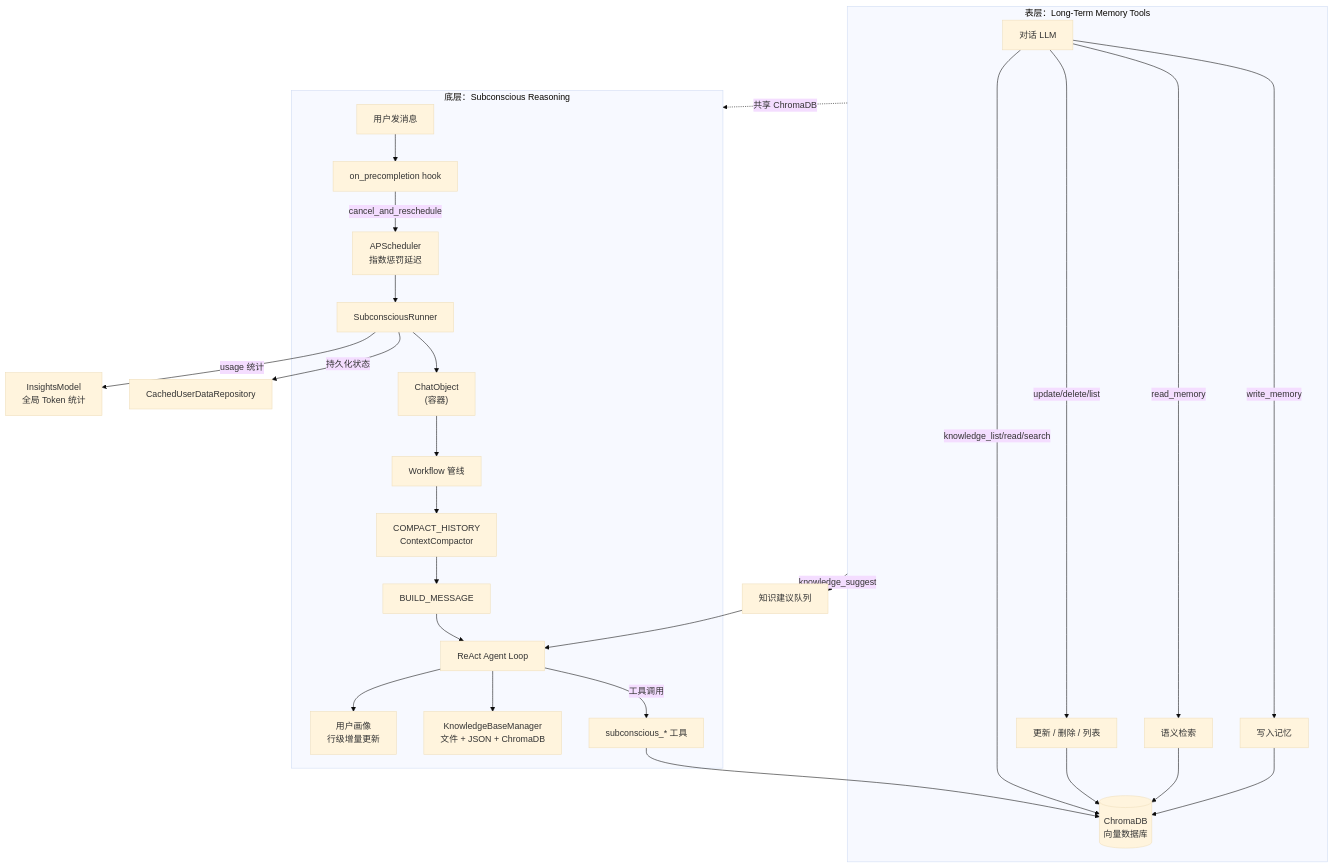
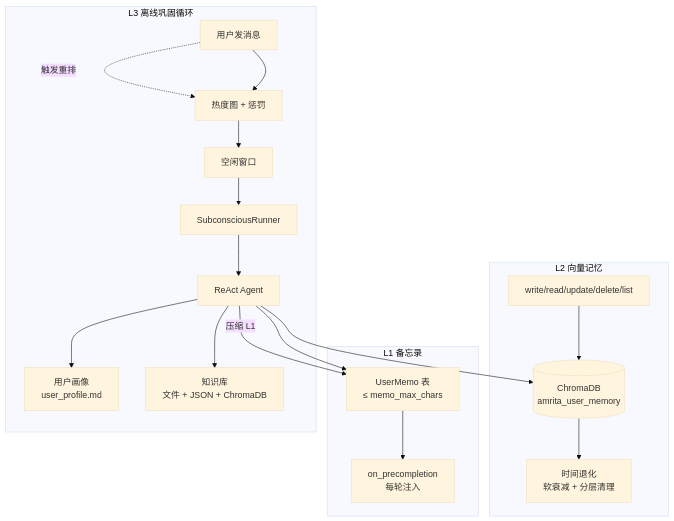
The first of 2 diagrams in docs/amrita/features/chat/memory.md (AmritaBot/amrita-docs), drawn with Mermaid (base theme) before and after one commit. The commit also changed other lines of this file, not shown here.

Commit message:
docs(memory): rewrite for amrita_plugin_memory 0.9.x

````diff
--- a/docs/amrita/features/chat/memory.md
+++ b/docs/amrita/features/chat/memory.md
@@ -92,33 +115,30 @@
 ```mermaid
 flowchart TB
-    subgraph Surface["表层：Long-Term Memory Tools"]
-        S_LLM["对话 LLM"] -->|"write_memory"| S_Write["写入记忆"]
-        S_LLM -->|"read_memory"| S_Read["语义检索"]
-        S_LLM -->|"update/delete/list"| S_Mut["更新 / 删除 / 列表"]
-        S_Write --> ChromaDB[("ChromaDB<br/>向量数据库")]
-        S_Read --> ChromaDB
-        S_Mut --> ChromaDB
-        S_LLM -->|"knowledge_list/read/search"| ChromaDB
+    subgraph L1["L1 备忘录"]
+        Memo["UserMemo 表<br/>≤ memo_max_chars"]
+        Inject["on_precompletion<br/>每轮注入"]
+        Memo --> Inject
     end
 
-    subgraph Subconscious["底层：Subconscious Reasoning"]
-        UserChat["用户发消息"] --> Hook["on_precompletion hook"]
-        Hook -->|"cancel_and_reschedule"| Scheduler["APScheduler<br/>指数惩罚延迟"]
-        Scheduler --> Runner["SubconsciousRunner"]
-        Runner --> ChatObject["ChatObject<br/>(容器)"]
-        ChatObject --> WF["Workflow 管线"]
-        WF --> LM["COMPACT_HISTORY<br/>ContextCompactor"]
-        LM --> Build["BUILD_MESSAGE"]
-        Build --> AgentLoop["ReAct Agent Loop"]
-        AgentLoop -->|"工具调用"| STools["subconscious_* 工具"]
-        STools --> ChromaDB
-        AgentLoop --> KB["KnowledgeBaseManager<br/>文件 + JSON + ChromaDB"]
-        AgentLoop --> Profile["用户画像<br/>行级增量更新"]
+    subgraph L2["L2 向量记忆"]
+        Tools["write/read/update/delete/list"]
+        Chroma[("ChromaDB<br/>amrita_user_memory")]
+        Decay["时间退化<br/>软衰减 + 分层清理"]
+        Tools --> Chroma
+        Chroma --> Decay
     end
 
-    Surface -->|"knowledge_suggest"| SuggQueue["知识建议队列"]
-    SuggQueue --> AgentLoop
-    Surface -.->|"共享 ChromaDB"| Subconscious
-    Runner -->|"持久化状态"| CachedRepo["CachedUserDataRepository"]
-    Runner -->|"usage 统计"| Insights["InsightsModel<br/>全局 Token 统计"]
+    subgraph L3["L3 离线巩固循环"]
+        Chat["用户发消息"] --> Heat["热度图 + 惩罚"]
+        Heat --> Window["空闲窗口"]
+        Window --> Runner["SubconsciousRunner"]
+        Runner --> Agent["ReAct Agent"]
+        Agent --> Chroma
+        Agent --> Memo
+        Agent --> Profile["用户画像<br/>user_profile.md"]
+        Agent --> KB["知识库<br/>文件 + JSON + ChromaDB"]
+    end
+
+    Chat -.->|"触发重排"| Heat
+    Agent -->|"压缩 L1"| Memo
 ```
````
